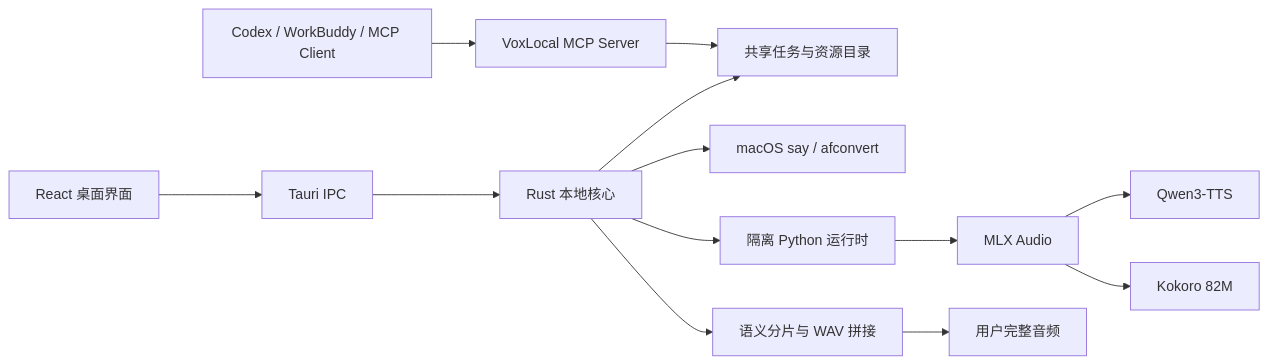
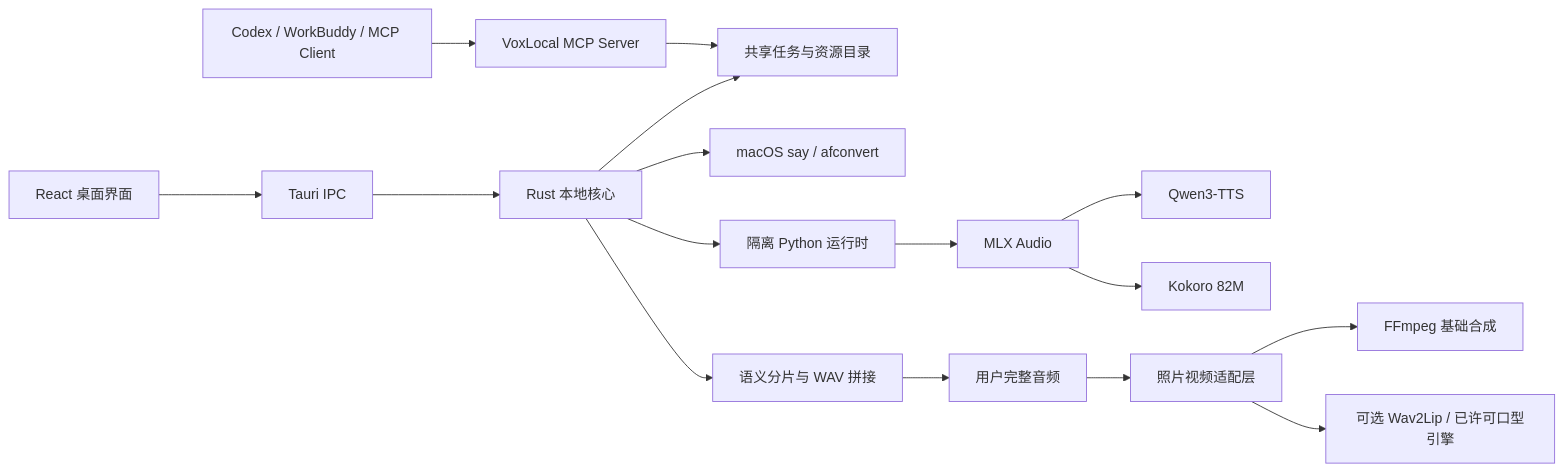
The first of 2 diagrams in ARCHITECTURE.md (hanchn/VoxLocal), drawn with Mermaid before and after one commit. The commit also changed other lines of this file and 11 other files, not shown here.

````diff
--- a/ARCHITECTURE.md
+++ b/ARCHITECTURE.md
@@ -5,15 +5,18 @@
 ```mermaid
 flowchart LR
   UI["React 桌面界面"] --> IPC["Tauri IPC"]
   AGENT["Codex / WorkBuddy / MCP Client"] --> MCP["VoxLocal MCP Server"]
   IPC --> CORE["Rust 本地核心"]
   MCP --> STORE["共享任务与资源目录"]
   CORE --> STORE
   CORE --> MAC["macOS say / afconvert"]
   CORE --> PY["隔离 Python 运行时"]
   PY --> MLX["MLX Audio"]
   MLX --> QWEN["Qwen3-TTS"]
   MLX --> KOKORO["Kokoro 82M"]
   CORE --> CHUNK["语义分片与 WAV 拼接"]
   CHUNK --> EXPORT["用户完整音频"]
+  EXPORT --> VIDEO["照片视频适配层"]
+  VIDEO --> FFMPEG["FFmpeg 基础合成"]
+  VIDEO --> LIPSYNC["可选 Wav2Lip / 已许可口型引擎"]
 ```
````
